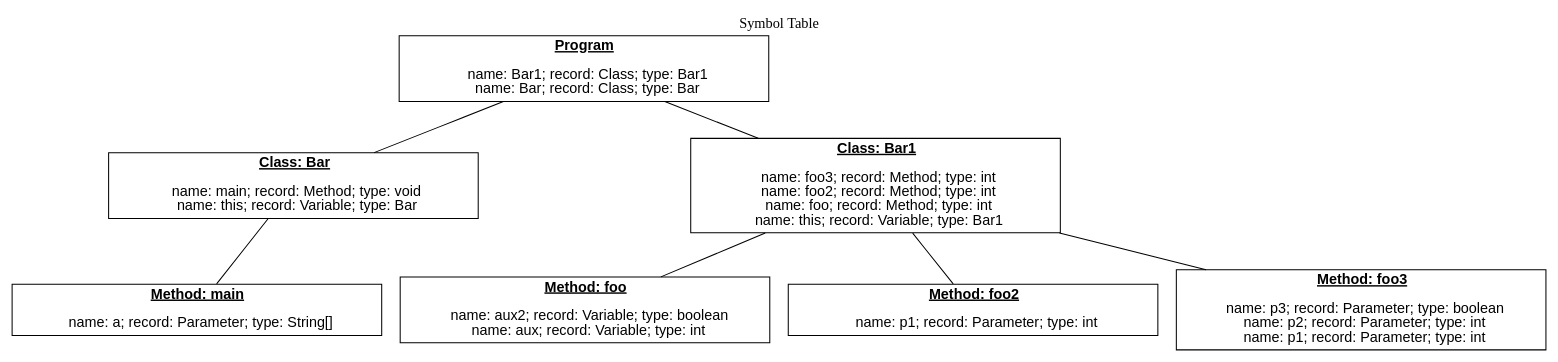
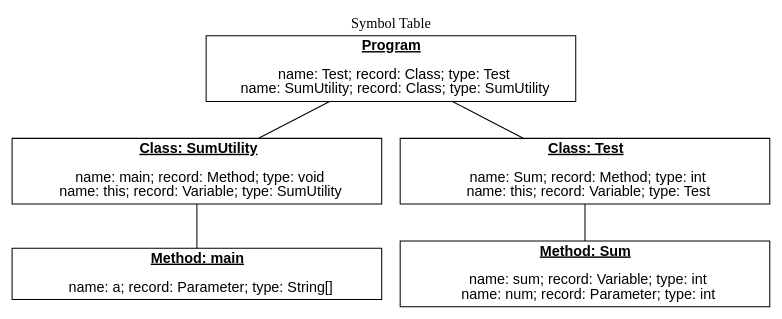
The diagram in st.dot (alexyhb/Compiler3IR), drawn with Graphviz before and after one commit. The commit also changed 22 other files, not shown here.

```diff
--- a/st.dot
+++ b/st.dot
@@ -1,42 +1,30 @@
 graph {
 label="Symbol Table";
 labelloc="t";
 
 node [shape=rect, fontname=Arial, width=5];
 
 n0 [label=<<U><B>Program</B></U><BR/><BR/>
-name: Bar1; record: Class; type: Bar1<BR/>
-name: Bar; record: Class; type: Bar<BR/>
+name: Test; record: Class; type: Test<BR/>
+name: SumUtility; record: Class; type: SumUtility<BR/>
 >];
 n0 -- n1;
-n1 [label=<<U><B>Class: Bar</B></U><BR/><BR/>
+n1 [label=<<U><B>Class: SumUtility</B></U><BR/><BR/>
 name: main; record: Method; type: void<BR/>
-name: this; record: Variable; type: Bar<BR/>
+name: this; record: Variable; type: SumUtility<BR/>
 >];
 n1 -- n2;
 n2 [label=<<U><B>Method: main</B></U><BR/><BR/>
 name: a; record: Parameter; type: String[]<BR/>
 >];
 n0 -- n3;
-n3 [label=<<U><B>Class: Bar1</B></U><BR/><BR/>
-name: foo3; record: Method; type: int<BR/>
-name: foo2; record: Method; type: int<BR/>
-name: foo; record: Method; type: int<BR/>
-name: this; record: Variable; type: Bar1<BR/>
+n3 [label=<<U><B>Class: Test</B></U><BR/><BR/>
+name: Sum; record: Method; type: int<BR/>
+name: this; record: Variable; type: Test<BR/>
 >];
 n3 -- n4;
-n4 [label=<<U><B>Method: foo</B></U><BR/><BR/>
-name: aux2; record: Variable; type: boolean<BR/>
-name: aux; record: Variable; type: int<BR/>
->];
-n3 -- n5;
-n5 [label=<<U><B>Method: foo2</B></U><BR/><BR/>
-name: p1; record: Parameter; type: int<BR/>
->];
-n3 -- n6;
-n6 [label=<<U><B>Method: foo3</B></U><BR/><BR/>
-name: p3; record: Parameter; type: boolean<BR/>
-name: p2; record: Parameter; type: int<BR/>
-name: p1; record: Parameter; type: int<BR/>
+n4 [label=<<U><B>Method: Sum</B></U><BR/><BR/>
+name: sum; record: Variable; type: int<BR/>
+name: num; record: Parameter; type: int<BR/>
 >];
 }
```
